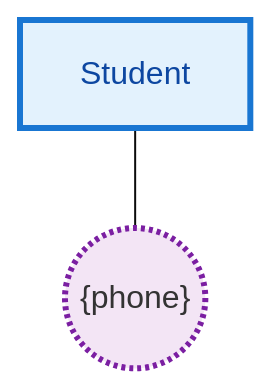
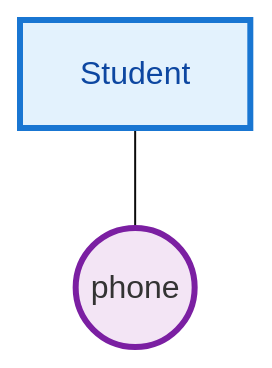
Before and after one commit to ufdatastudio/cop5725fa26: the seventh of 10 diagrams in lecture-outlines/day7-er-to-relations/slides.md, drawn with Mermaid (base theme). The commit also changed other lines of this file and 5 other files, not shown here.

First line of the commit message:
docs: align day 7 deck with the ER notation conventions

````diff
--- a/lecture-outlines/day7-er-to-relations/slides.md
+++ b/lecture-outlines/day7-er-to-relations/slides.md
@@ -365,9 +366,9 @@
 ```mermaid
 graph TB
   S["Student"]
-  S --- Phone(("{phone}"))
+  S --- Phone(("<span class='multi-inner'>phone</span>"))
   classDef entity fill:#e3f2fd,stroke:#1976d2,stroke-width:3px,color:#0d47a1
-  classDef multi fill:#f3e5f5,stroke:#7b1fa2,stroke-width:3px,stroke-dasharray:2 2
+  classDef multi fill:#f3e5f5,stroke:#7b1fa2,stroke-width:3px
   class S entity
   class Phone multi
 ```
````
